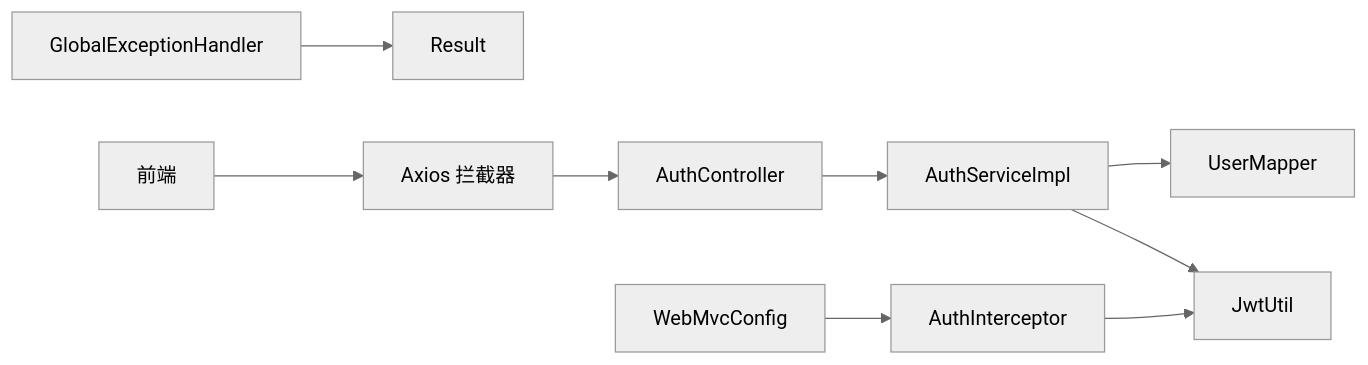
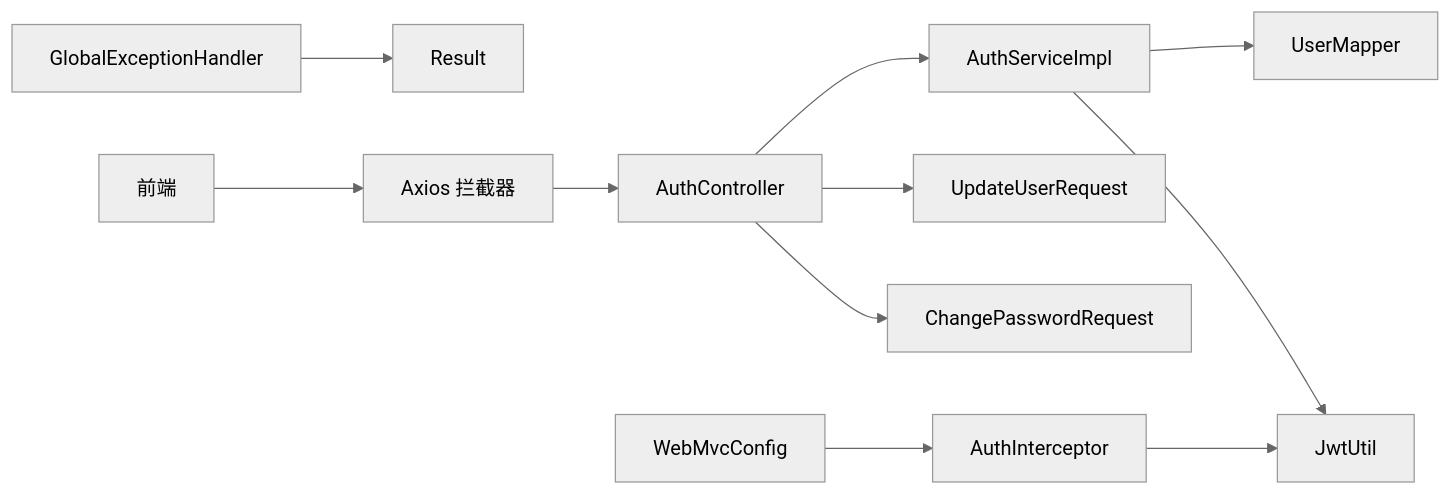
Before and after one commit to junjiechen66/newWorld: the sixth of 6 diagrams in .qoder/repowiki/zh/content/API接口文档/认证接口.md, drawn with Mermaid (neutral theme). The commit also changed other lines of this file and 70 other files, not shown here.

````diff
--- a/.qoder/repowiki/zh/content/API接口文档/认证接口.md
+++ b/.qoder/repowiki/zh/content/API接口文档/认证接口.md
@@ -311,11 +367,13 @@
 ```mermaid
 graph LR
 AC["AuthController"] --> ASI["AuthServiceImpl"]
 ASI --> UM["UserMapper"]
 ASI --> JWT["JwtUtil"]
 INT["AuthInterceptor"] --> JWT
 CFG["WebMvcConfig"] --> INT
 EX["GlobalExceptionHandler"] --> RES["Result"]
 FE["前端"] --> AX["Axios 拦截器"]
 AX --> AC
+AC --> D1["UpdateUserRequest"]
+AC --> D2["ChangePasswordRequest"]
 ```
````
